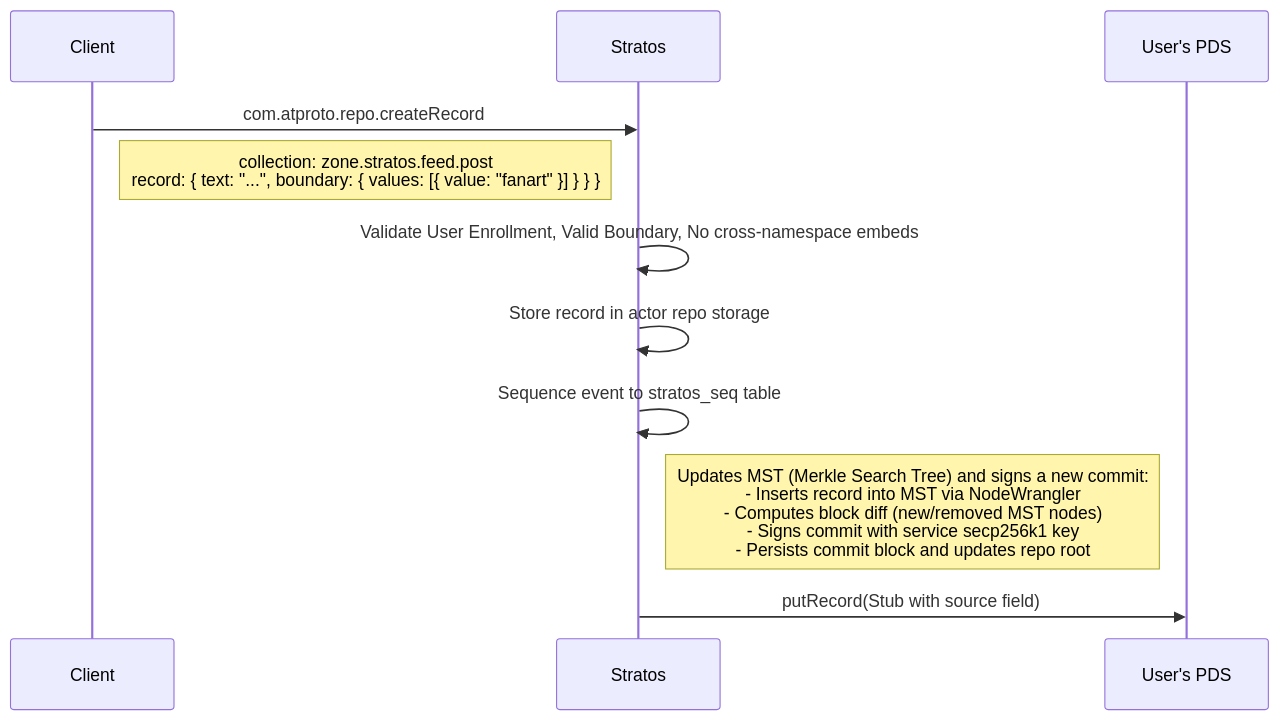
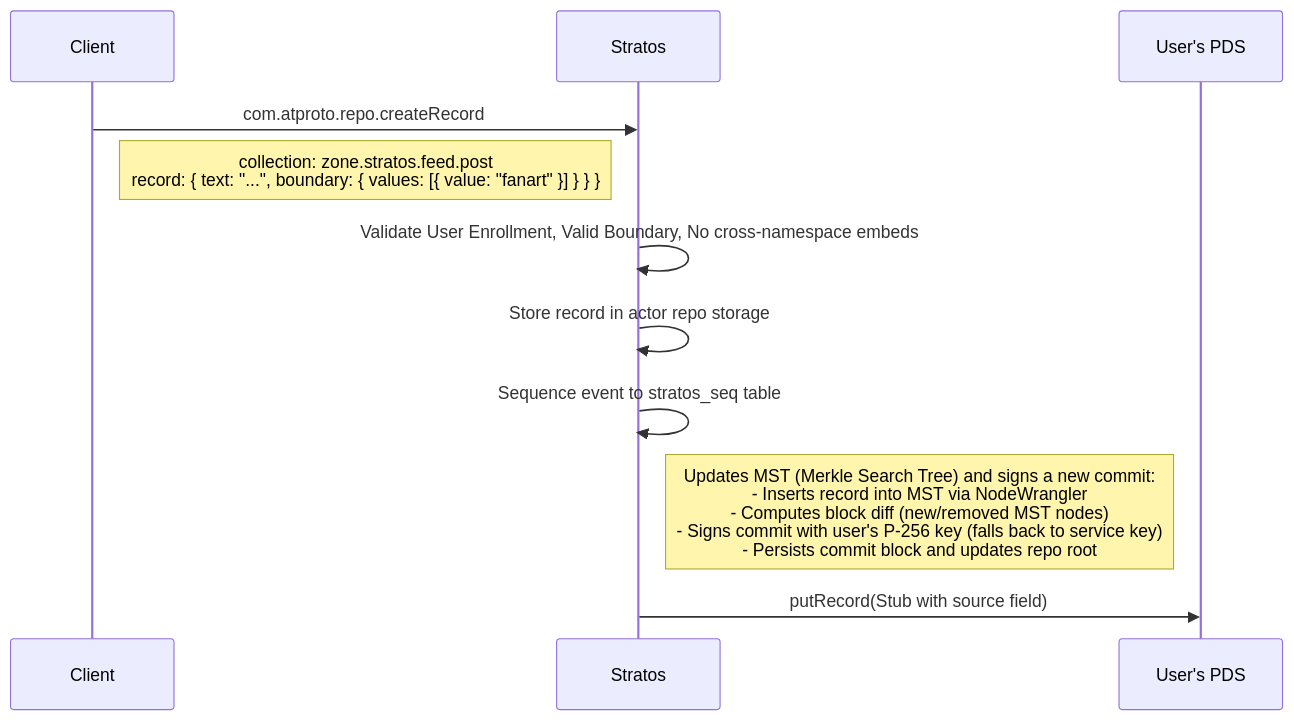
One commit to NorthskySocial/stratos changed the third of 5 diagrams in docs/operator-guide.md. Above: the diagram before and after it, drawn with Mermaid. The commit also changed other lines of this file and 4 other files, not shown here.

````diff
--- a/docs/operator-guide.md
+++ b/docs/operator-guide.md
@@ -99,16 +99,16 @@
 ```mermaid
 sequenceDiagram
     participant C as Client
     participant S as Stratos
     participant P as User's PDS
 
     C->>S: com.atproto.repo.createRecord
     Note right of C: collection: zone.stratos.feed.post<br/>record: { text: "...", boundary: { values: [{ value: "fanart" }] } } }
 
     S->>S: Validate User Enrollment, Valid Boundary, No cross-namespace embeds
     S->>S: Store record in actor repo storage
     S->>S: Sequence event to stratos_seq table
-    Note right of S: Updates MST (Merkle Search Tree) and signs a new commit:<br/>- Inserts record into MST via NodeWrangler<br/>- Computes block diff (new/removed MST nodes)<br/>- Signs commit with service secp256k1 key<br/>- Persists commit block and updates repo root
+    Note right of S: Updates MST (Merkle Search Tree) and signs a new commit:<br/>- Inserts record into MST via NodeWrangler<br/>- Computes block diff (new/removed MST nodes)<br/>- Signs commit with user's P-256 key (falls back to service key)<br/>- Persists commit block and updates repo root
 
     S->>P: putRecord(Stub with source field)
 ```
````
